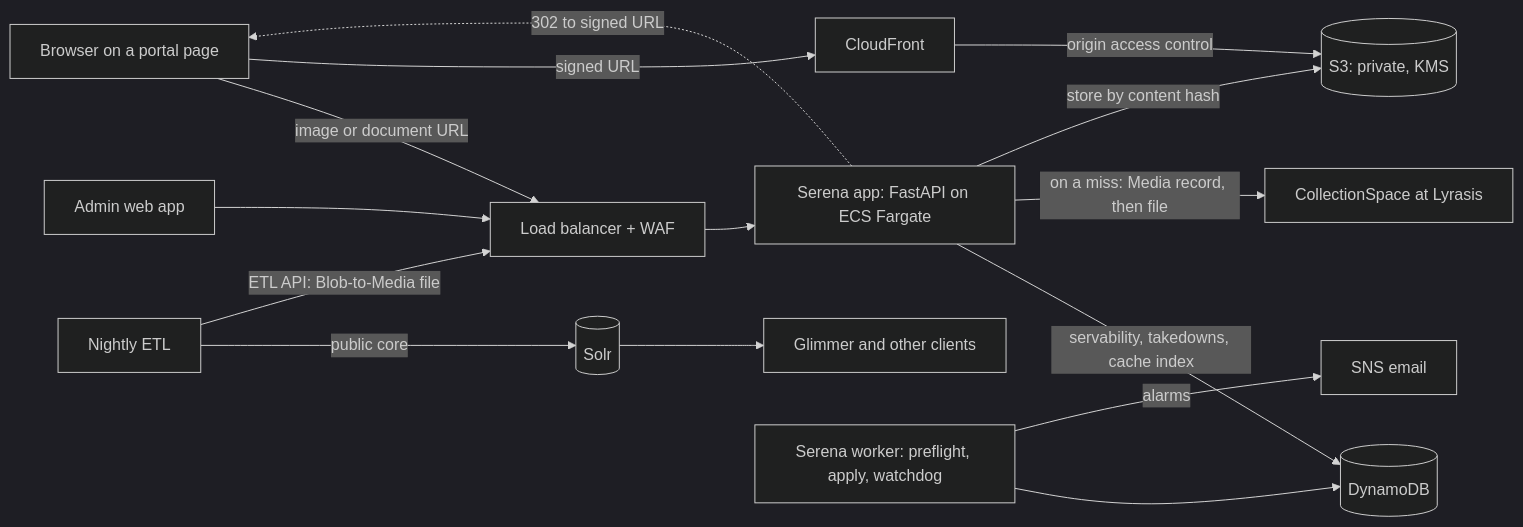
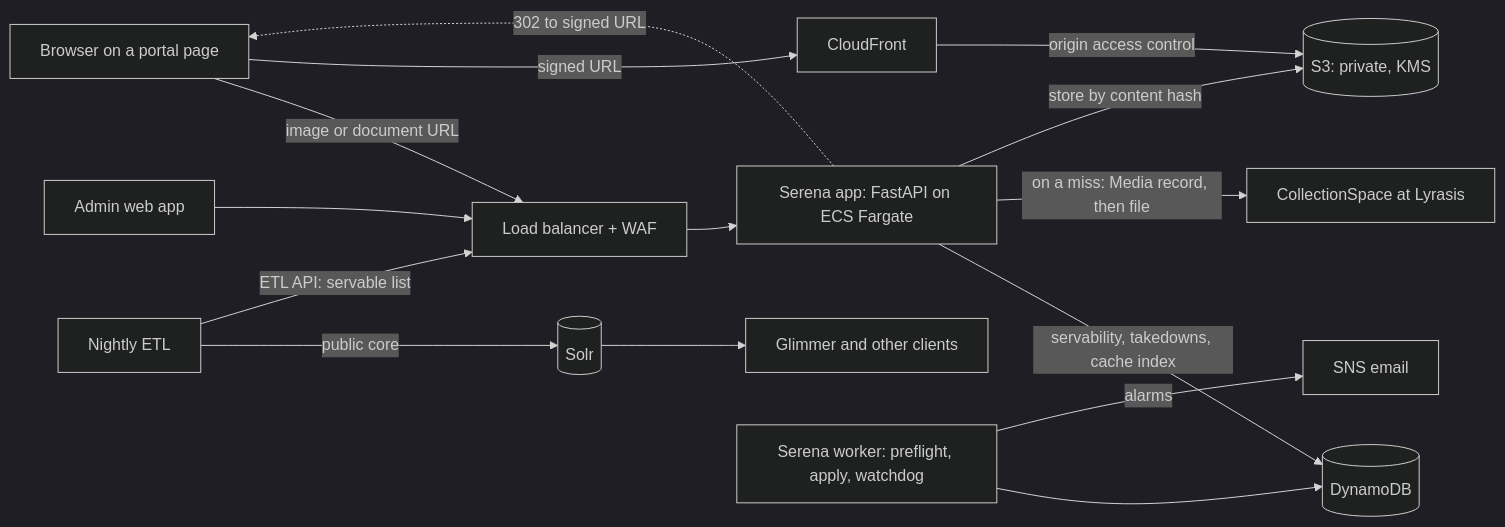
The first of 2 diagrams in docs/design.md (ets-berkeley-edu/cspace-media-server), drawn with Mermaid (dark theme) before and after one commit. The commit also changed other lines of this file and 26 other files, not shown here.

First line of the commit message:
Rename the Blob-to-Media file to the servable list

````diff
--- a/docs/design.md
+++ b/docs/design.md
@@ -141,17 +141,17 @@
 ```mermaid
 flowchart LR
   B[Browser on a portal page] -->|image or document URL| A[Load balancer + WAF]
   A --> S[Serena app: FastAPI on ECS Fargate]
   S -->|servability, takedowns, cache index| D[(DynamoDB)]
   S -->|on a miss: Media record, then file| C[CollectionSpace at Lyrasis]
   S -->|store by content hash| K[(S3: private, KMS)]
   S -.->|302 to signed URL| B
   B -->|signed URL| F[CloudFront]
   F -->|origin access control| K
   E[Nightly ETL] -->|public core| P[(Solr)]
   P --> G[Glimmer and other clients]
-  E -->|ETL API: Blob-to-Media file| A
+  E -->|ETL API: servable list| A
   W[Serena worker: preflight, apply, watchdog] --> D
   W -->|alarms| N[SNS email]
   M[Admin web app] --> A
 ```
````
